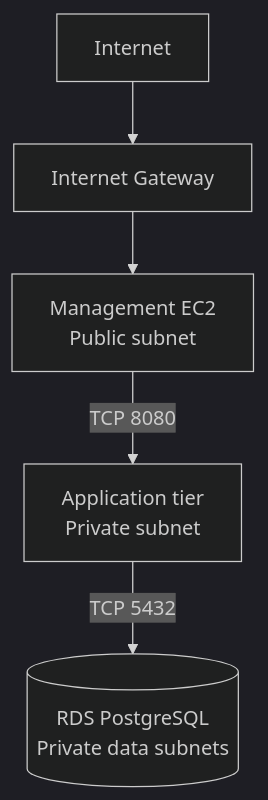
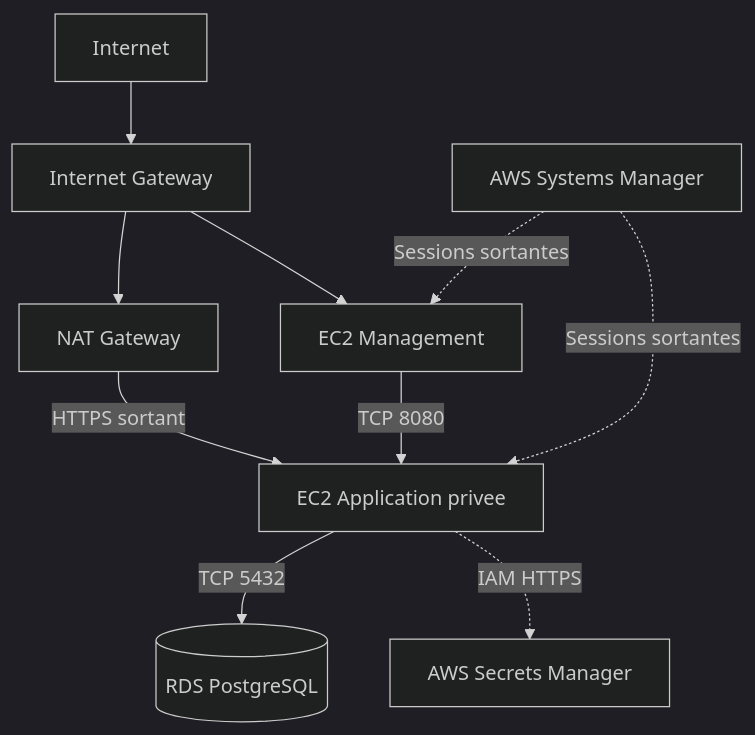
Before and after one commit to samichapelle/ironhaven-aws-infrastructure: the diagram in docs/architecture.md, drawn with Mermaid (dark theme). The commit also changed other lines of this file and 7 other files, not shown here.

Commit message:
docs: consolidate AWS architecture and application validation

````diff
--- a/docs/architecture.md
+++ b/docs/architecture.md
@@ -20,12 +20,21 @@
 ```mermaid
 flowchart TD
     Internet[Internet]
     IGW[Internet Gateway]
-    MGMT[Management EC2<br/>Public subnet]
-    APP[Application tier<br/>Private subnet]
-    RDS[(RDS PostgreSQL<br/>Private data subnets)]
+    NAT[NAT Gateway]
+    MGMT[EC2 Management]
+    APP[EC2 Application privee]
+    RDS[(RDS PostgreSQL)]
+    SM[AWS Secrets Manager]
+    SSM[AWS Systems Manager]
 
-    Internet --> IGW --> MGMT
+    Internet --> IGW
+    IGW --> MGMT
+    IGW --> NAT
+    NAT -->|HTTPS sortant| APP
     MGMT -->|TCP 8080| APP
     APP -->|TCP 5432| RDS
+    APP -.->|IAM HTTPS| SM
+    SSM -.->|Sessions sortantes| APP
+    SSM -.->|Sessions sortantes| MGMT
 ```
````
